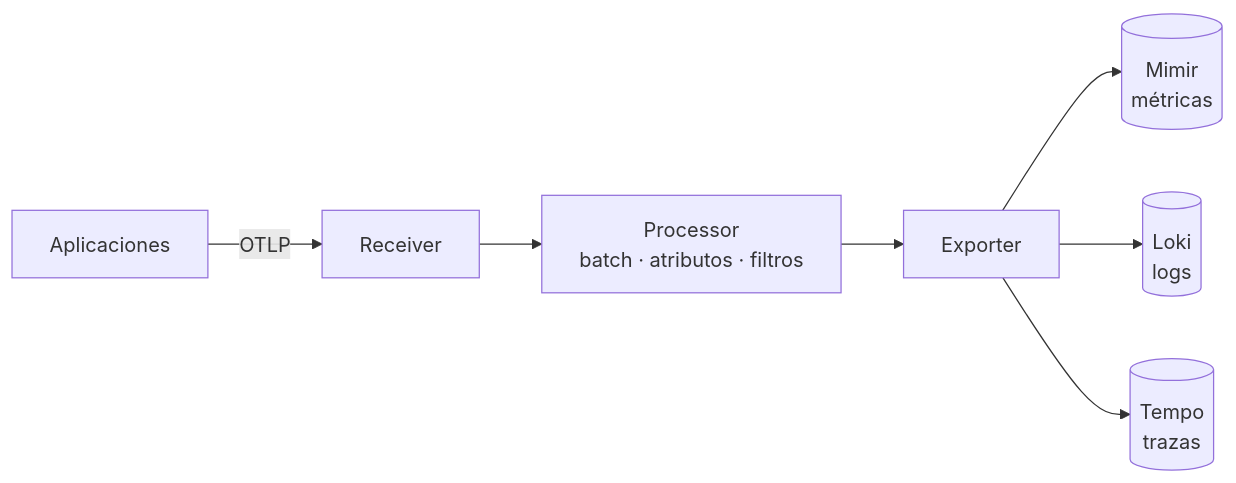
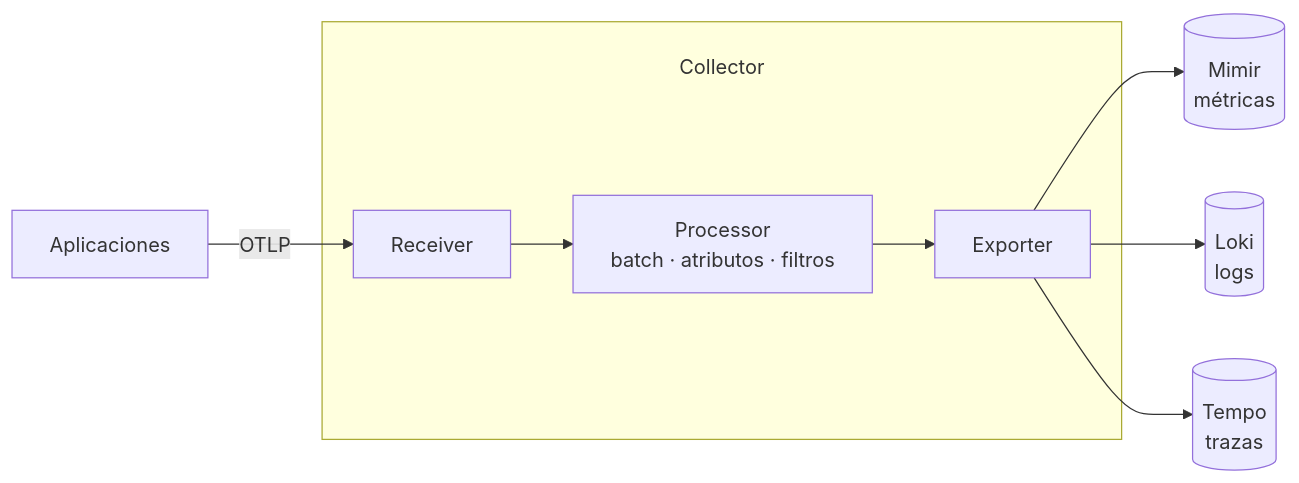
Before and after one commit to lucasdc6/tesis-demo-apps: the diagram in slides/docs/03-otel.md, drawn with Mermaid. The commit also changed other lines of this file and 6 other files, not shown here.

```diff
--- a/slides/docs/03-otel.md
+++ b/slides/docs/03-otel.md
@@ -33,9 +37,11 @@
 <div class="mermaid">
 flowchart LR
     A[Aplicaciones] -->|OTLP| R[Receiver]
-    R --> P[Processor<br>batch · atributos · filtros]
-    P --> E[Exporter]
-    E --> E1[(Mimir<br>métricas)]
-    E --> E2[(Loki<br>logs)]
-    E --> E3[(Tempo<br>trazas)]
+    subgraph Outer[<br>Collector]
+        R --> P[Processor<br>batch · atributos · filtros]
+        P --> E[Exporter]
+    end
+    E --> M[(Mimir<br>métricas)]
+    E --> L[(Loki<br>logs)]
+    E --> T[(Tempo<br>trazas)]
 </div>
```
